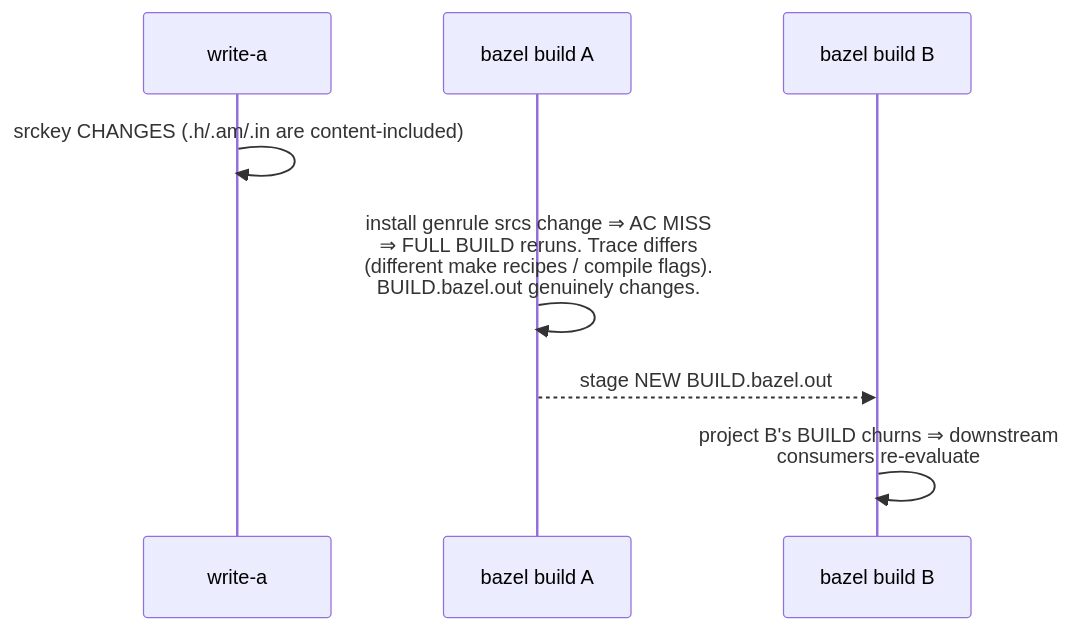
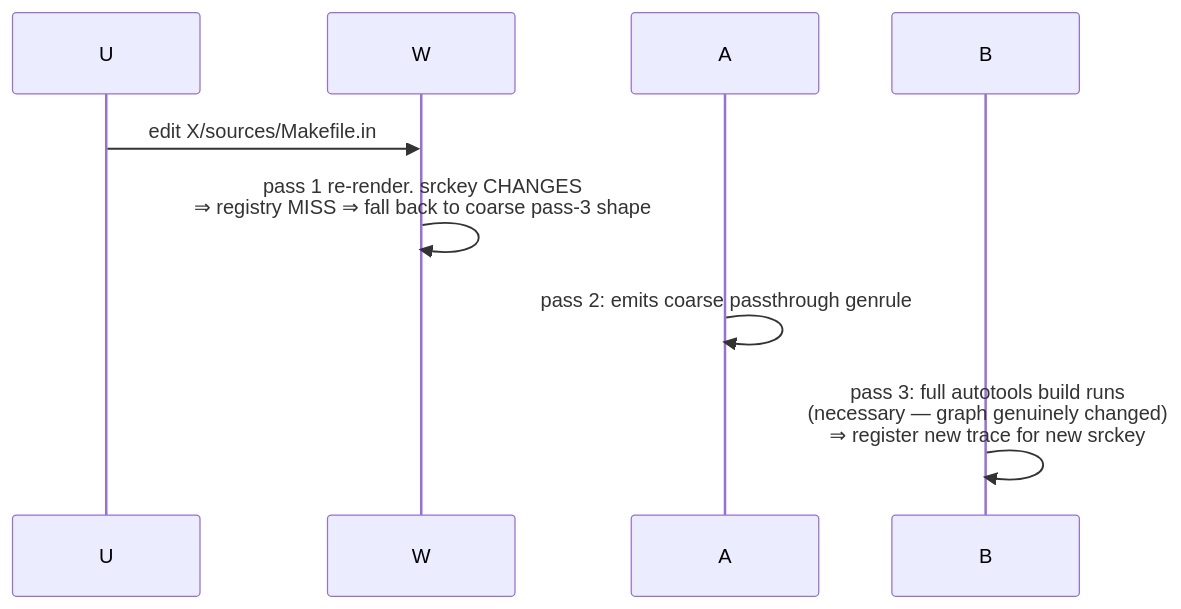
The fifth of 5 diagrams in docs/three-pass-flow.md (sstriker/buildstream-bazel), drawn with Mermaid before and after one commit. The commit also changed other lines of this file and 1 other file, not shown here.

First line of the commit message:
docs+lint: reframe three-pass-flow.md per @sstriker review + gofmt canonicalize_test.go

````diff
--- a/docs/three-pass-flow.md
+++ b/docs/three-pass-flow.md
@@ -112,10 +181,7 @@
 ```mermaid
 sequenceDiagram
-    participant W as write-a
-    participant A as bazel build A
-    participant B as bazel build B
-    W->>W: srckey CHANGES (.h/.am/.in are content-included)
-    A->>A: install genrule srcs change ⇒ AC MISS<br/>⇒ FULL BUILD reruns. Trace differs<br/>(different make recipes / compile flags).<br/>BUILD.bazel.out genuinely changes.
-    A-->>B: stage NEW BUILD.bazel.out
-    B->>B: project B's BUILD churns ⇒ downstream<br/>consumers re-evaluate
+    U->>W: edit X/sources/Makefile.in
+    W->>W: pass 1 re-render. srckey CHANGES<br/>⇒ registry MISS ⇒ fall back to coarse pass-3 shape
+    A->>A: pass 2: emits coarse passthrough genrule
+    B->>B: pass 3: full autotools build runs<br/>(necessary — graph genuinely changed)<br/>⇒ register new trace for new srckey
 ```
````
